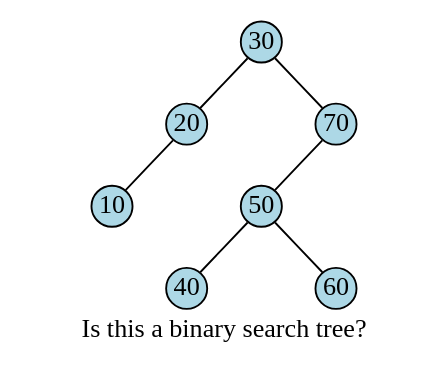
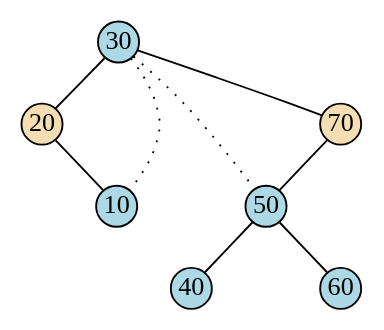
One commit to townmath/cisp400-reader changed the diagram in _sources/trees/bst.rst. Above: the diagram before and after it, drawn with Graphviz. The commit also changed other lines of this file and 43 other files, not shown here.

```diff
--- a/_sources/trees/bst.rst
+++ b/_sources/trees/bst.rst
@@ -22,37 +352,39 @@
-.. digraph:: a_bst
-   :alt: Is this a binary search tree
+   .. digraph:: a_bst
+      :align: center
+      :alt: a binary search tree
 
-   graph [
-          nodesep=0.25, ranksep=0.3, splines=line;
-          labelloc=b;
-          label="Is this a binary search tree?";
-       ];
-   node [fontname = "Bitstream Vera Sans", fontsize=14,
-         style=filled, fillcolor=lightblue,
-         shape=circle, fixedsize=true, width=0.3];
-   edge [weight=1, arrowsize=0.5, dir=none];
+      graph [
+             nodesep=0.25, ranksep=0.3;
+          ];
+      node [fontname = "Bitstream Vera Sans", fontsize=14,
+            style=filled, fillcolor=lightblue,
+            shape=circle, fixedsize=true, width=0.3];
+      edge [weight=1, arrowsize=0.5, dir=none];
 
-   a, b, am, c, d, bm, f, l, cm, dm, fm, m;
-   am, bm, cm, dm, fm [style=invis, label=""];
+      a, b, am, c, d, bm, f, l, cm, dm, fm, m;
+      am, bm, cm, dm, fm [style=invis, label=""];
 
-   a [label=30]
-   b [label=20]
-   d [label=10]
+      a [label=30]
+      b [label=20, fillcolor=wheat]
+      d [label=10]
 
-   c [label=70]
-   f [label=50]
-   l [label=40]
-   m [label=60]
+      c [label=70, fillcolor=wheat]
+      f [label=50]
+      l [label=40]
+      m [label=60]
 
-   a->b 
-   a->c;
-   b->d [weight=2]; // nudge b: trees b & c are not balanced
-   c->f
-   f->l,m;
+      a -> d [style=dotted];
+      a->b 
+      a->c;
+      b->d [weight=2]; // nudge b: trees b & c are not balanced
+      c->f
+      f->l,m;
 
-   edge [style=invis, weight=100];
-   d->dm; 
-   b->bm;
-   f->fm;
-   c->cm;
-   a->am;
+      a -> f [style=dotted];
+
+         edge [style=invis, weight=100];
+         d->dm; 
+         b->bm;
+         f->fm;
+         c->cm;
+         a->am;
```
